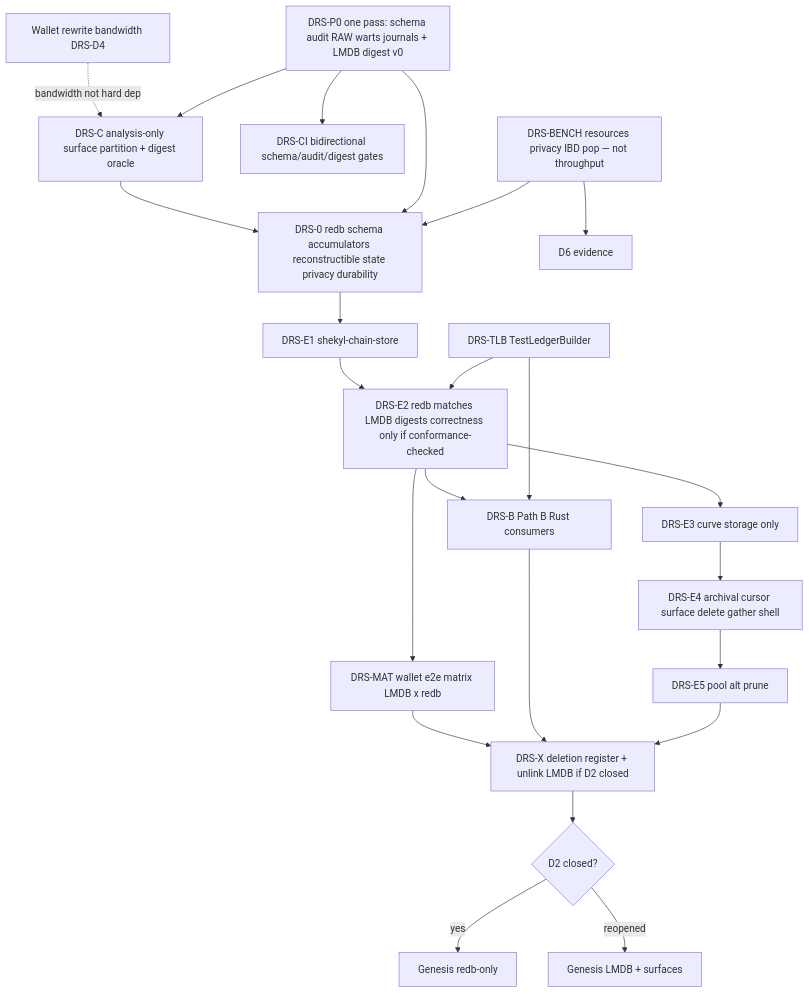
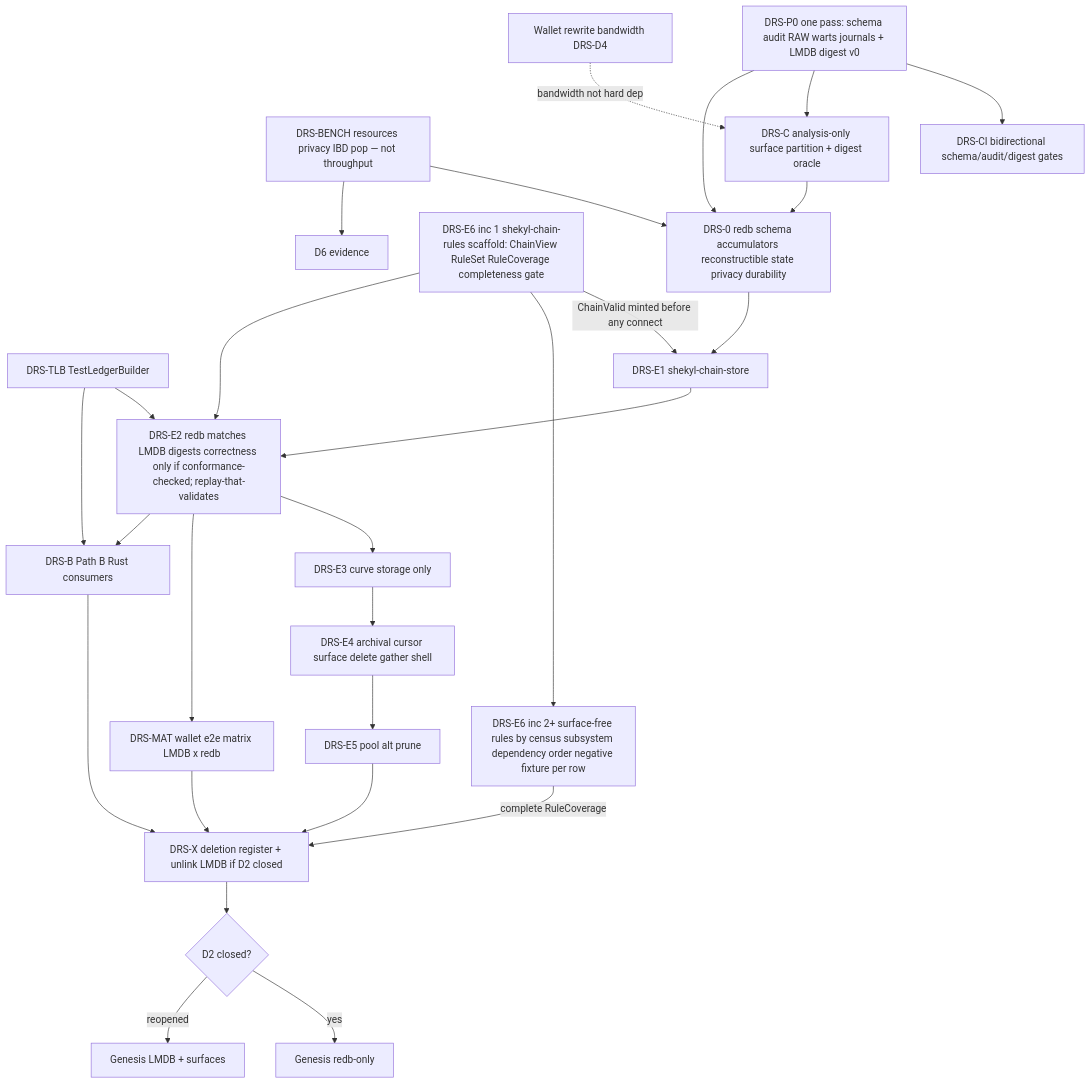
One commit to Shekyl-Foundation/shekyl-core changed the diagram in docs/design/DAEMON_REDB_STORE.md. Above: the diagram before and after it, drawn with Mermaid. The commit also changed other lines of this file and 3 other files, not shown here.

First line of the commit message:
docs(drs): plan amendment owed by C2-R8 §14 — DRS-D12, DRS-E6, ChainTip.connect

````diff
--- a/docs/design/DAEMON_REDB_STORE.md
+++ b/docs/design/DAEMON_REDB_STORE.md
@@ -915,40 +957,46 @@
 ```mermaid
 flowchart TD
   BENCH[DRS-BENCH resources privacy IBD pop — not throughput]
   P0[DRS-P0 one pass: schema audit RAW warts journals + LMDB digest v0]
   CI[DRS-CI bidirectional schema/audit/digest gates]
   TLB[DRS-TLB TestLedgerBuilder]
   W[Wallet rewrite bandwidth DRS-D4]
   C[DRS-C analysis-only surface partition + digest oracle]
   D0[DRS-0 redb schema accumulators reconstructible state privacy durability]
   E1[DRS-E1 shekyl-chain-store]
-  E2[DRS-E2 redb matches LMDB digests correctness only if conformance-checked]
+  E6a[DRS-E6 inc 1 shekyl-chain-rules scaffold: ChainView RuleSet RuleCoverage completeness gate]
+  E6[DRS-E6 inc 2+ surface-free rules by census subsystem dependency order negative fixture per row]
+  E2[DRS-E2 redb matches LMDB digests correctness only if conformance-checked; replay-that-validates]
   E3[DRS-E3 curve storage only]
   E4[DRS-E4 archival cursor surface delete gather shell]
   E5[DRS-E5 pool alt prune]
   B[DRS-B Path B Rust consumers]
   MAT[DRS-MAT wallet e2e matrix LMDB x redb]
   X[DRS-X deletion register + unlink LMDB if D2 closed]
   G{D2 closed?}
   G1[Genesis redb-only]
   G2[Genesis LMDB + surfaces]
   BENCH --> D0
   BENCH --> D6ev[D6 evidence]
   P0 --> CI
   P0 --> C
   P0 --> D0
   TLB --> E2
   TLB --> B
   W -.->|bandwidth not hard dep| C
   C --> D0
   D0 --> E1 --> E2
+  E6a -->|ChainValid minted before any connect| E1
+  E6a --> E6
+  E6a --> E2
   E2 --> E3 --> E4 --> E5
   E2 --> MAT
   E2 --> B
   E5 --> X
+  E6 -->|complete RuleCoverage| X
   B --> X
   MAT --> X
   X --> G
   G -->|yes| G1
   G -->|reopened| G2
 ```
````
